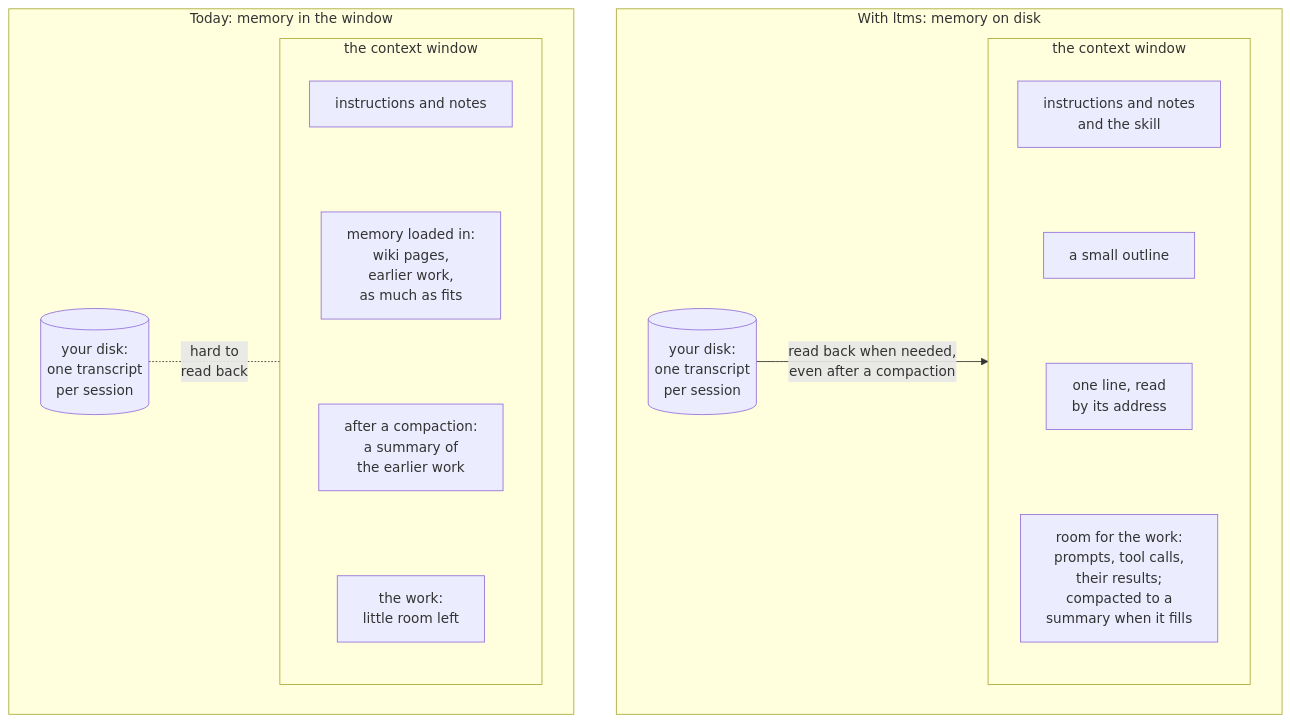
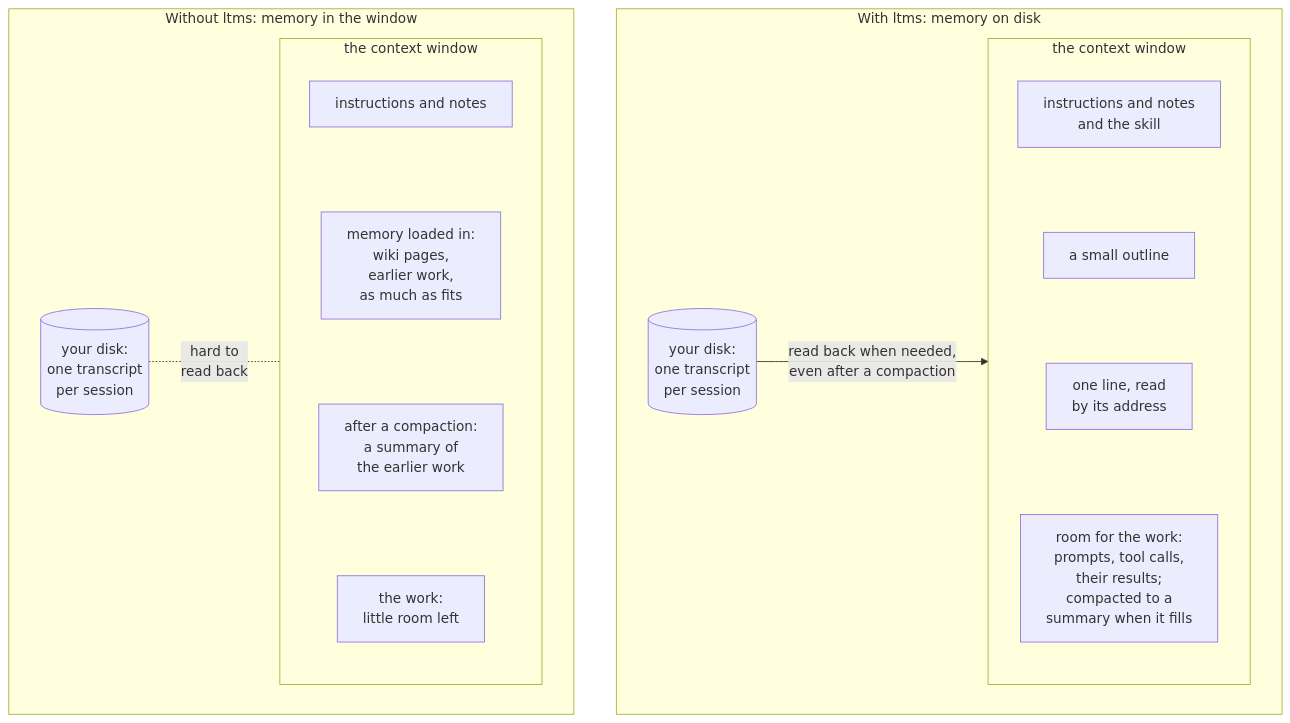
Before and after one commit to long-term-memory-structure/.github: the diagram in diagrams/solution-today-with-ltms.mmd, drawn with Mermaid. The commit also changed 6 other files, not shown here.

```diff
--- a/diagrams/solution-today-with-ltms.mmd
+++ b/diagrams/solution-today-with-ltms.mmd
@@ -1,22 +1,22 @@
 ---
 config:
   flowchart:
     wrappingWidth: 200
 ---
 flowchart TB
-  accTitle: The same context window, today and with ltms
-  accDescr: Two context windows of the same size. Today, memory is kept in the window: beside instructions and notes sit memory loaded in (wiki pages, earlier work, as much as fits) and, after a compaction, a summary of the earlier work, so little room is left for the work; the session files on your disk are hard to read back. With ltms, memory is kept on disk and read back when needed, even after a compaction: the window holds instructions, notes and the skill, a small outline, and one line read by its address; the rest of the window is for the work, which Claude Code still compacts to a summary when the window fills.
+  accTitle: The same context window, without ltms and with it
+  accDescr: Two context windows of the same size. Without ltms, memory is kept in the window: beside instructions and notes sit memory loaded in (wiki pages, earlier work, as much as fits) and, after a compaction, a summary of the earlier work, so little room is left for the work; the session files on your disk are hard to read back. With ltms, memory is kept on disk and read back when needed, even after a compaction: the window holds instructions, notes and the skill, a small outline, and one line read by its address; the rest of the window is for the work, which Claude Code still compacts to a summary when the window fills.
   subgraph WITH["With ltms: memory on disk"]
     d2[("your disk:<br/>one transcript<br/>per session")]
     subgraph W2["the context window"]
       i2["instructions and notes<br/>and the skill"] ~~~ o2["a small outline"] ~~~ l2["one line, read<br/>by its address"] ~~~ k2["room for the work:<br/>prompts, tool calls,<br/>their results;<br/>compacted to a<br/>summary when it fills"]
     end
     d2 -->|"read back when needed,<br/>even after a compaction"| W2
   end
-  subgraph TODAY["Today: memory in the window"]
+  subgraph TODAY["Without ltms: memory in the window"]
     d1[("your disk:<br/>one transcript<br/>per session")]
     subgraph W1["the context window"]
       i1["instructions and notes"] ~~~ m1["memory loaded in:<br/>wiki pages,<br/>earlier work,<br/>as much as fits"] ~~~ u1["after a compaction:<br/>a summary of<br/>the earlier work"] ~~~ k1["the work:<br/>little room left"]
     end
     d1 -.-|"hard to<br/>read back"| W1
   end
```
